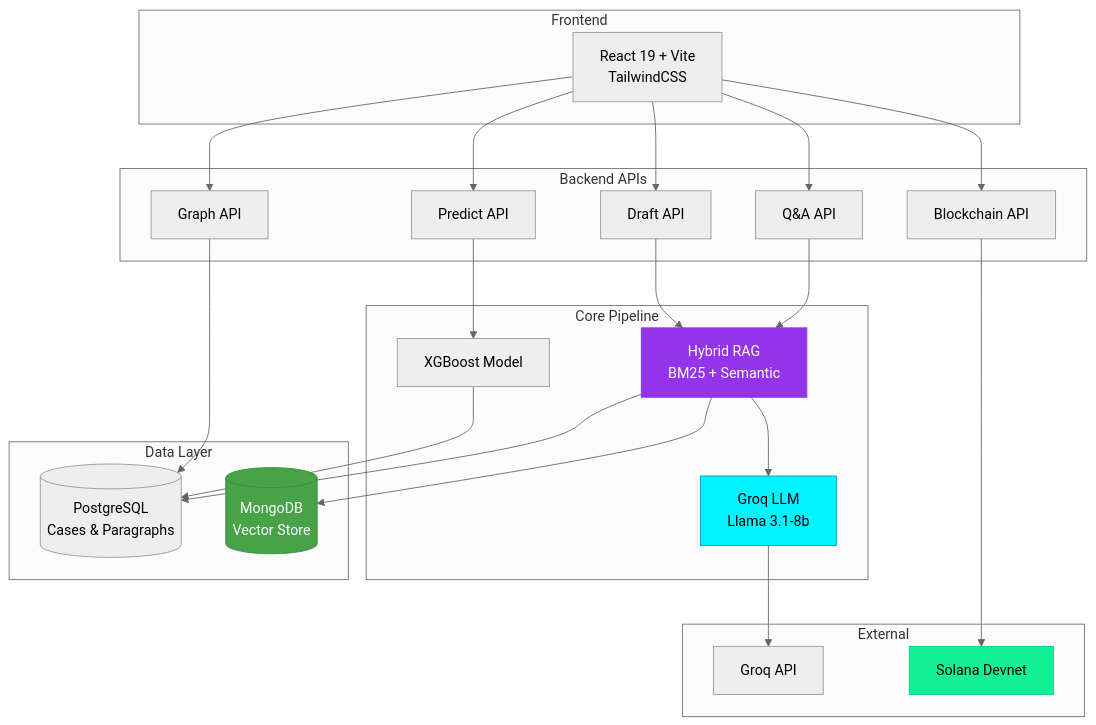
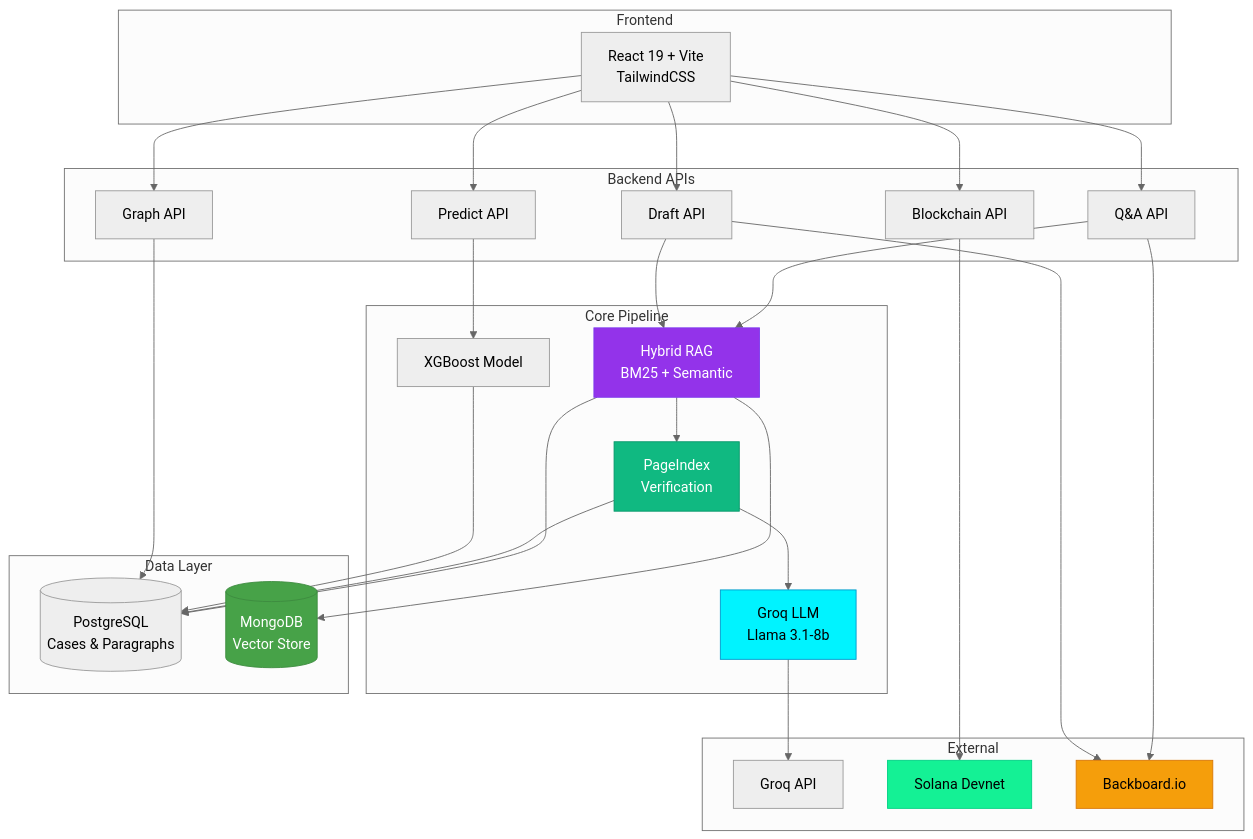
Before and after one commit to MohitSahoo/RTI_Lens: the first of 3 diagrams in README.md, drawn with Mermaid (neutral theme). The commit also changed 2 other files, not shown here.

````diff
--- a/README.md
+++ b/README.md
@@ -55,53 +55,61 @@
 ```mermaid
 graph TB
     subgraph "Frontend"
         UI[React 19 + Vite<br/>TailwindCSS]
     end
 
     subgraph "Backend APIs"
         QA[Q&A API]
         DRAFT[Draft API]
         PRED[Predict API]
         GRAPH[Graph API]
         BC[Blockchain API]
     end
 
     subgraph "Core Pipeline"
         RAG[Hybrid RAG<br/>BM25 + Semantic]
+        PI[PageIndex<br/>Verification]
         LLM[Groq LLM<br/>Llama 3.1-8b]
         ML[XGBoost Model]
     end
 
     subgraph "Data Layer"
         PG[(PostgreSQL<br/>Cases & Paragraphs)]
         MDB[(MongoDB<br/>Vector Store)]
     end
 
     subgraph "External"
         GROQ[Groq API]
         SOL[Solana Devnet]
+        BB[Backboard.io]
     end
 
     UI --> QA
     UI --> DRAFT
     UI --> PRED
     UI --> GRAPH
     UI --> BC
 
     QA --> RAG
     DRAFT --> RAG
     PRED --> ML
     GRAPH --> PG
     BC --> SOL
 
     RAG --> PG
     RAG --> MDB
-    RAG --> LLM
+    RAG --> PI
+    PI --> PG
+    PI --> LLM
     LLM --> GROQ
     ML --> PG
+    QA --> BB
+    DRAFT --> BB
 
     style RAG fill:#9333ea,stroke:#7c3aed,color:#fff
+    style PI fill:#10b981,stroke:#059669,color:#fff
     style LLM fill:#00f3ff,stroke:#0099cc,color:#000
     style MDB fill:#47a248,stroke:#3d8b40,color:#fff
     style SOL fill:#14f195,stroke:#00d084,color:#000
+    style BB fill:#f59e0b,stroke:#d97706,color:#000
 ```
````
